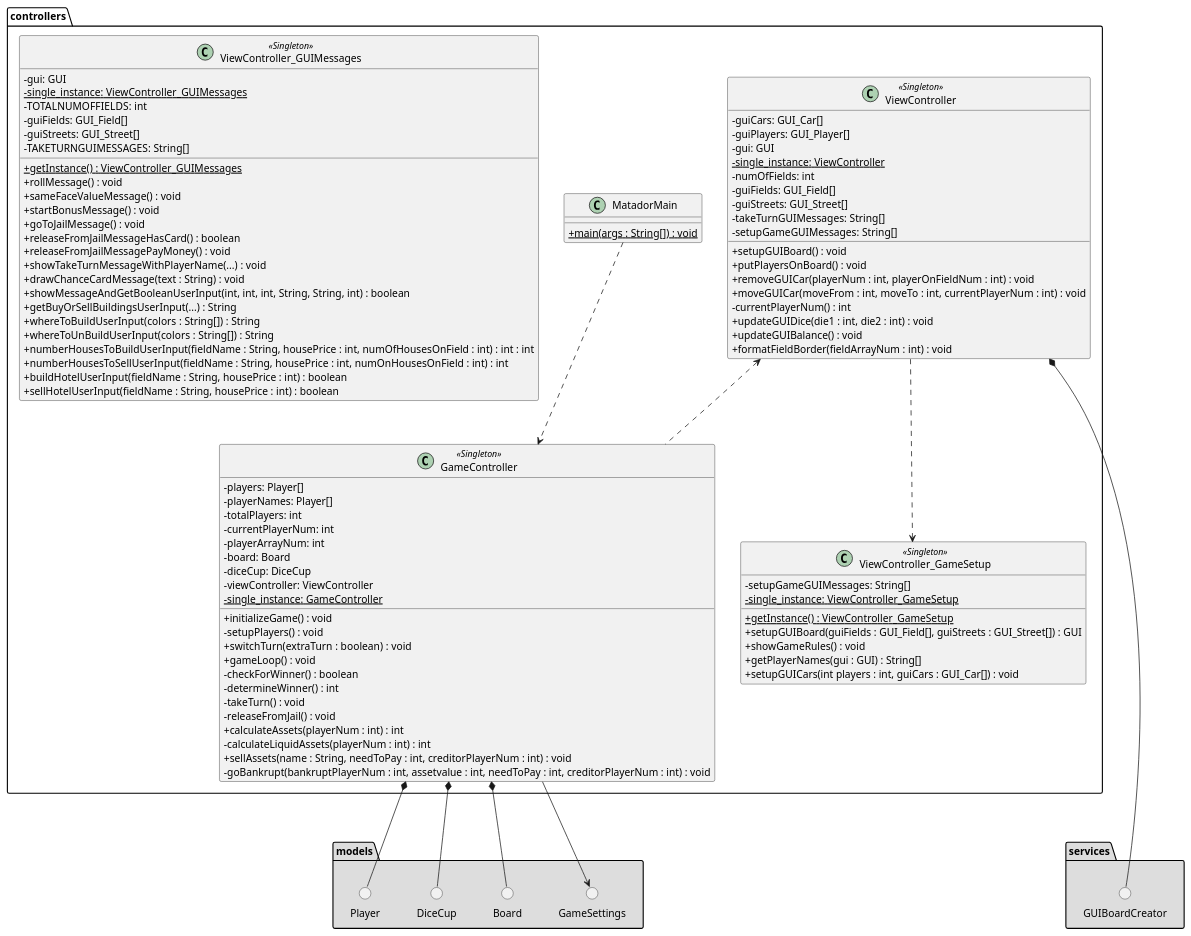
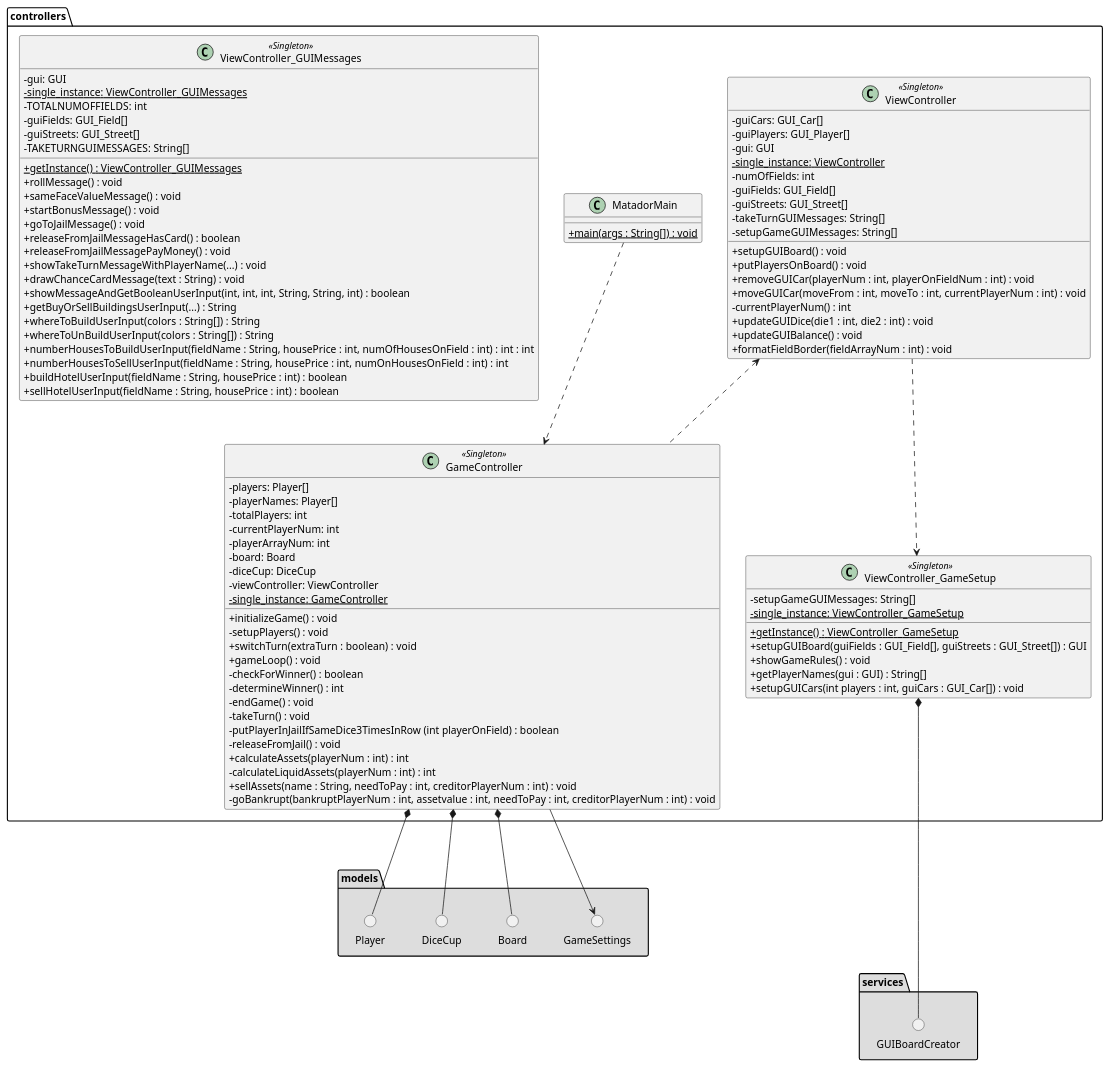
One commit to GabeKierk889/gruppe-18 changed the diagram in 18_final/UML/DesignClassDiagram/Package Controllers.puml. Above: the diagram before and after it, drawn with PlantUML. The commit also changed 12 other files, not shown here.

Commit message:
Updated class diagrams Added endGame method

```diff
--- a/18_final/UML/DesignClassDiagram/Package Controllers.puml
+++ b/18_final/UML/DesignClassDiagram/Package Controllers.puml
@@ -1,129 +1,131 @@
 @startuml
 'https://plantuml.com/class-diagram
 skinparam classAttributeIconSize 0
 
 package controllers {
 
 class MatadorMain {
 
     {static}+main(args : String[]) : void
 
 }
 
 class GameController <<Singleton>>{
     -players: Player[]
     -playerNames: Player[]
     -totalPlayers: int
     -currentPlayerNum: int
     -playerArrayNum: int
     -board: Board
     -diceCup: DiceCup
     -viewController: ViewController
     {static}-single_instance: GameController
 
     +initializeGame() : void
     -setupPlayers() : void
     +switchTurn(extraTurn : boolean) : void
     +gameLoop() : void
     -checkForWinner() : boolean
     -determineWinner() : int
+    -endGame() : void
     -takeTurn() : void
+    -putPlayerInJailIfSameDice3TimesInRow (int playerOnField) : boolean
     -releaseFromJail() : void
     +calculateAssets(playerNum : int) : int
     -calculateLiquidAssets(playerNum : int) : int
     +sellAssets(name : String, needToPay : int, creditorPlayerNum : int) : void
     -goBankrupt(bankruptPlayerNum : int, assetvalue : int, needToPay : int, creditorPlayerNum : int) : void
 
 }
 
 'class GameSetupController {
 '
 '}
 
 class ViewController <<Singleton>>{
     -guiCars: GUI_Car[]
     -guiPlayers: GUI_Player[]
     -gui: GUI
     {static}-single_instance: ViewController
     -numOfFields: int
     -guiFields: GUI_Field[]
     -guiStreets: GUI_Street[]
     -takeTurnGUIMessages: String[]
     -setupGameGUIMessages: String[]
 
     +setupGUIBoard() : void
     +putPlayersOnBoard() : void
     +removeGUICar(playerNum : int, playerOnFieldNum : int) : void
     +moveGUICar(moveFrom : int, moveTo : int, currentPlayerNum : int) : void
     -currentPlayerNum() : int
     +updateGUIDice(die1 : int, die2 : int) : void
     +updateGUIBalance() : void
     +formatFieldBorder(fieldArrayNum : int) : void
 
 }
 
 class ViewController_GUIMessages <<Singleton>> {
     -gui: GUI
     {static}-single_instance: ViewController_GUIMessages
     -TOTALNUMOFFIELDS: int
     -guiFields: GUI_Field[]
     -guiStreets: GUI_Street[]
     -TAKETURNGUIMESSAGES: String[]
 
     {static}+getInstance() : ViewController_GUIMessages
     +rollMessage() : void
     +sameFaceValueMessage() : void
     +startBonusMessage() : void
     +goToJailMessage() : void
     +releaseFromJailMessageHasCard() : boolean
     +releaseFromJailMessagePayMoney() : void
     +showTakeTurnMessageWithPlayerName(...) : void
     +drawChanceCardMessage(text : String) : void
     +showMessageAndGetBooleanUserInput(int, int, int, String, String, int) : boolean
     +getBuyOrSellBuildingsUserInput(...) : String
     +whereToBuildUserInput(colors : String[]) : String
     +whereToUnBuildUserInput(colors : String[]) : String
     +numberHousesToBuildUserInput(fieldName : String, housePrice : int, numOfHousesOnField : int) : int : int
     +numberHousesToSellUserInput(fieldName : String, housePrice : int, numOnHousesOnField : int) : int
     +buildHotelUserInput(fieldName : String, housePrice : int) : boolean
     +sellHotelUserInput(fieldName : String, housePrice : int) : boolean
 
 }
 
 class ViewController_GameSetup <<Singleton>>{
     -setupGameGUIMessages: String[]
     {static}-single_instance: ViewController_GameSetup
 
     {static}+getInstance() : ViewController_GameSetup
     +setupGUIBoard(guiFields : GUI_Field[], guiStreets : GUI_Street[]) : GUI
     +showGameRules() : void
     +getPlayerNames(gui : GUI) : String[]
     +setupGUICars(int players : int, guiCars : GUI_Car[]) : void
 }
 
 
 }
 
 package models #DDDDDD {
 () Player
 () DiceCup
 () Board
 () GameSettings
 
 }
 
 package services #DDDDDD {
 () GUIBoardCreator
 }
 
 MatadorMain ..> GameController
 ViewController <.. GameController
-ViewController *---- GUIBoardCreator
+ViewController_GameSetup *---- GUIBoardCreator
 ViewController ..> ViewController_GameSetup
 GameController *--- Player
 GameController *--- DiceCup
 GameController *--- Board
 GameController ---> GameSettings
 
 
 @enduml
```
